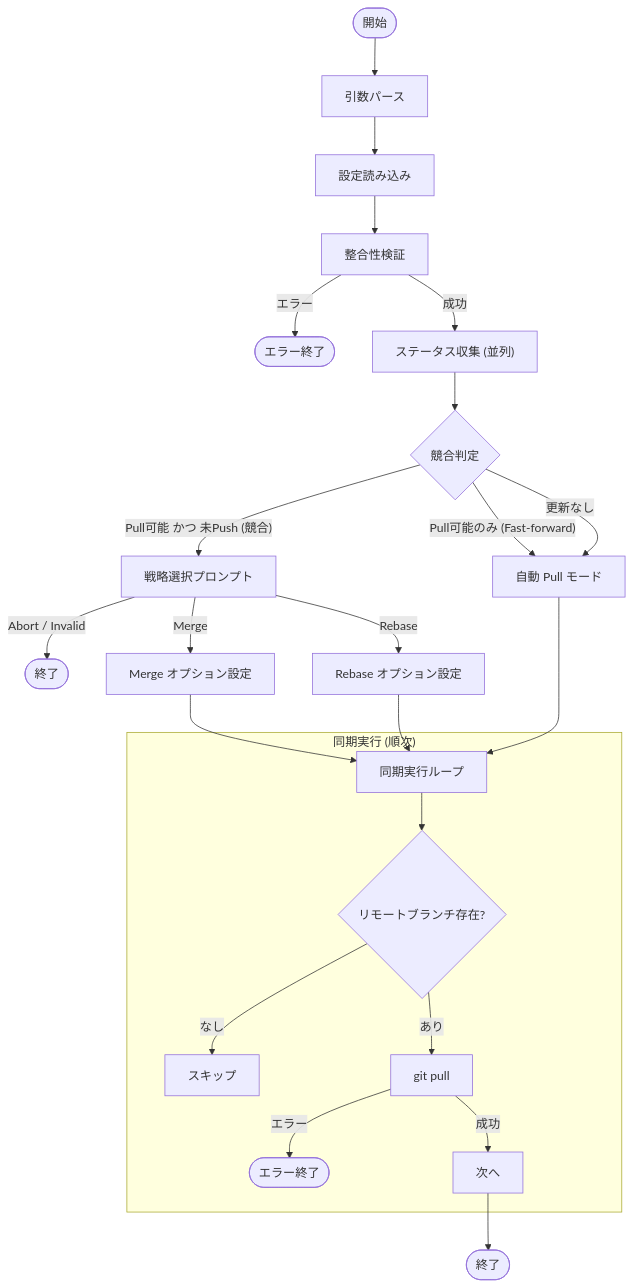
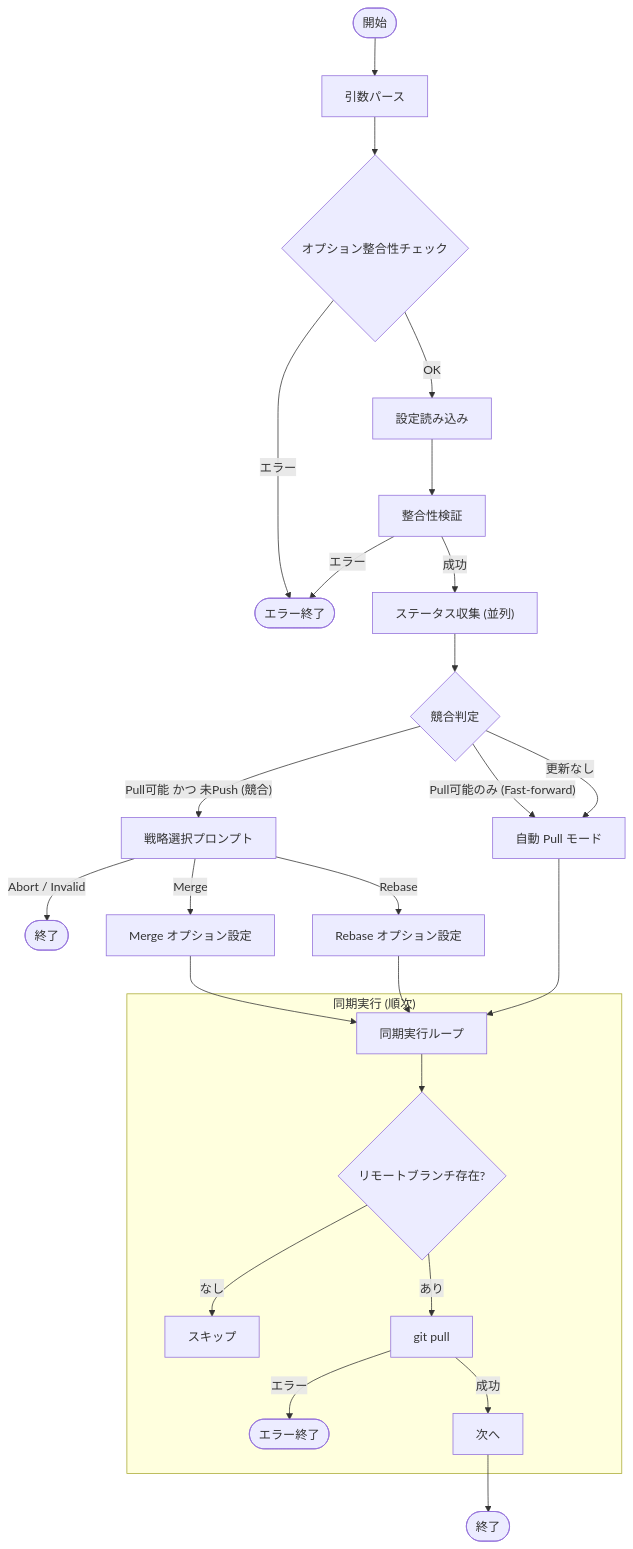
The diagram in docs/internal/app/sync.md (keiji/mistletoe), drawn with Mermaid before and after one commit. The commit also changed 8 other files, not shown here.

First line of the commit message:
Update design document flowcharts with ValidateFlags step

````diff
--- a/docs/internal/app/sync.md
+++ b/docs/internal/app/sync.md
@@ -30,34 +30,37 @@
 ```mermaid
 flowchart TD
     Start(["開始"]) --> ParseArgs["引数パース"]
-    ParseArgs --> LoadConfig["設定読み込み"]
+    ParseArgs --> ValidateFlags{"オプション整合性チェック"}
+    ValidateFlags -- "エラー" --> ErrorExit(["エラー終了"])
+    ValidateFlags -- "OK" --> LoadConfig["設定読み込み"]
+
     LoadConfig --> ValidateIntegrity["整合性検証"]
 
-    ValidateIntegrity -- "エラー" --> ErrorExit(["エラー終了"])
+    ValidateIntegrity -- "エラー" --> ErrorExit
     ValidateIntegrity -- "成功" --> CollectStatus["ステータス収集 (並列)"]
 
     CollectStatus --> Analyze{"競合判定"}
 
     Analyze -- "Pull可能 かつ 未Push (競合)" --> Prompt["戦略選択プロンプト"]
     Analyze -- "Pull可能のみ (Fast-forward)" --> AutoPull["自動 Pull モード"]
     Analyze -- "更新なし" --> AutoPull
 
     Prompt -- "Abort / Invalid" --> Stop(["終了"])
     Prompt -- "Merge" --> SetMerge["Merge オプション設定"]
     Prompt -- "Rebase" --> SetRebase["Rebase オプション設定"]
 
     SetMerge --> ExecLoop["同期実行ループ"]
     SetRebase --> ExecLoop
     AutoPull --> ExecLoop
 
     subgraph "同期実行 (順次)"
         ExecLoop --> CheckRemote{"リモートブランチ存在?"}
         CheckRemote -- "なし" --> Skip["スキップ"]
         CheckRemote -- "あり" --> GitPull["git pull <args>"]
 
         GitPull -- "エラー" --> ErrorPull(["エラー終了"])
         GitPull -- "成功" --> Next["次へ"]
     end
 
     Next --> End(["終了"])
 ```
````
